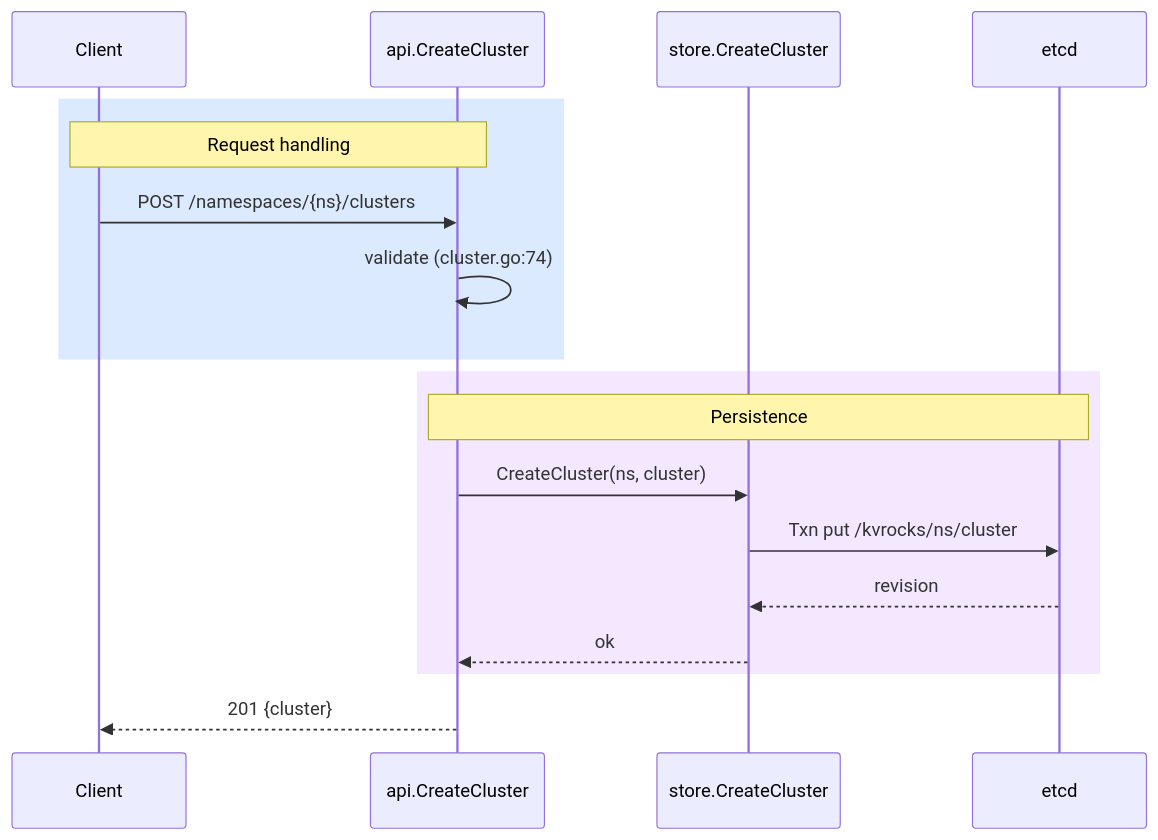
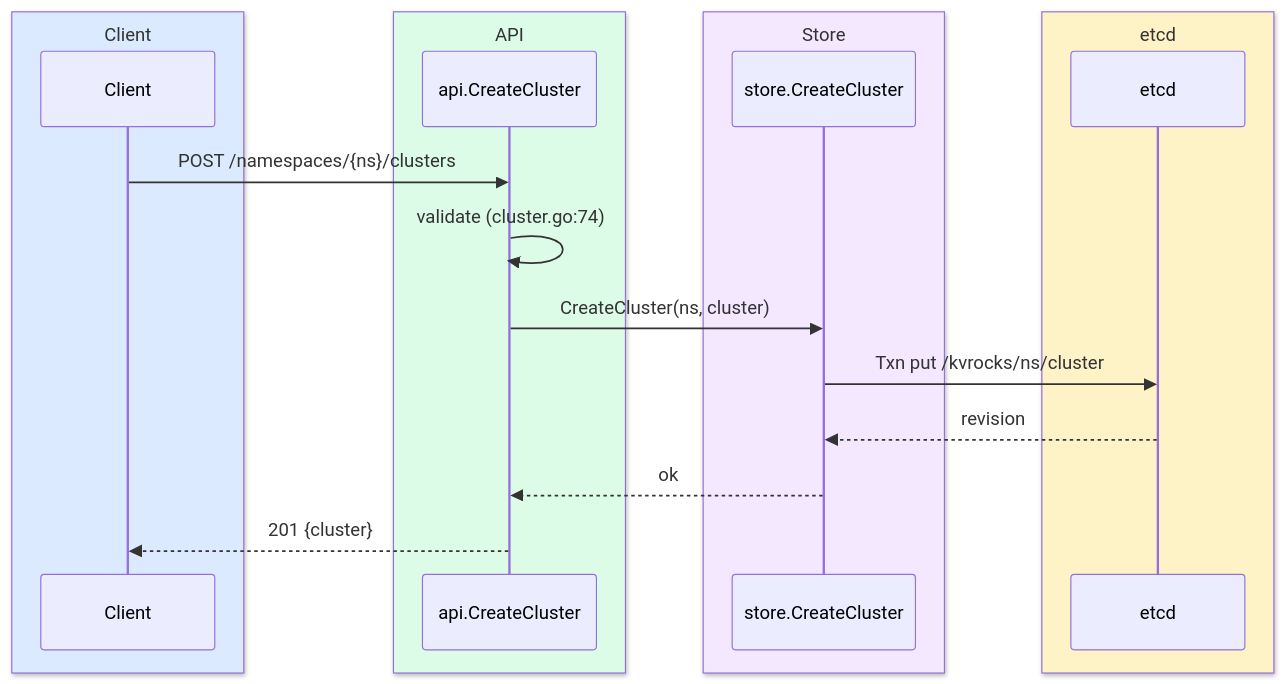
One commit to git-hulk/skills changed the third of 6 diagrams in skills/fast-learning/references/diagrams.md. Above: the diagram before and after it, drawn with Mermaid. The commit also changed other lines of this file and 1 other file, not shown here.

Commit message:
Use distinct component colors in data-flow diagrams

````diff
--- a/skills/fast-learning/references/diagrams.md
+++ b/skills/fast-learning/references/diagrams.md
@@ -69,20 +75,22 @@
 ```mermaid
 sequenceDiagram
-    participant C as Client
-    participant A as api.CreateCluster
-    participant S as store.CreateCluster
-    participant E as etcd
-    rect rgb(219, 234, 254)
-        Note over C,A: Request handling
-        C->>A: POST /namespaces/{ns}/clusters
-        A->>A: validate (cluster.go:74)
+    box rgb(219, 234, 254) Client
+        participant C as Client
     end
-    rect rgb(243, 232, 255)
-        Note over A,E: Persistence
-        A->>S: CreateCluster(ns, cluster)
-        S->>E: Txn put /kvrocks/ns/cluster
-        E-->>S: revision
-        S-->>A: ok
+    box rgb(220, 252, 231) API
+        participant A as api.CreateCluster
     end
+    box rgb(243, 232, 255) Store
+        participant S as store.CreateCluster
+    end
+    box rgb(254, 243, 199) etcd
+        participant E as etcd
+    end
+    C->>A: POST /namespaces/{ns}/clusters
+    A->>A: validate (cluster.go:74)
+    A->>S: CreateCluster(ns, cluster)
+    S->>E: Txn put /kvrocks/ns/cluster
+    E-->>S: revision
+    S-->>A: ok
     A-->>C: 201 {cluster}
 ```
````
